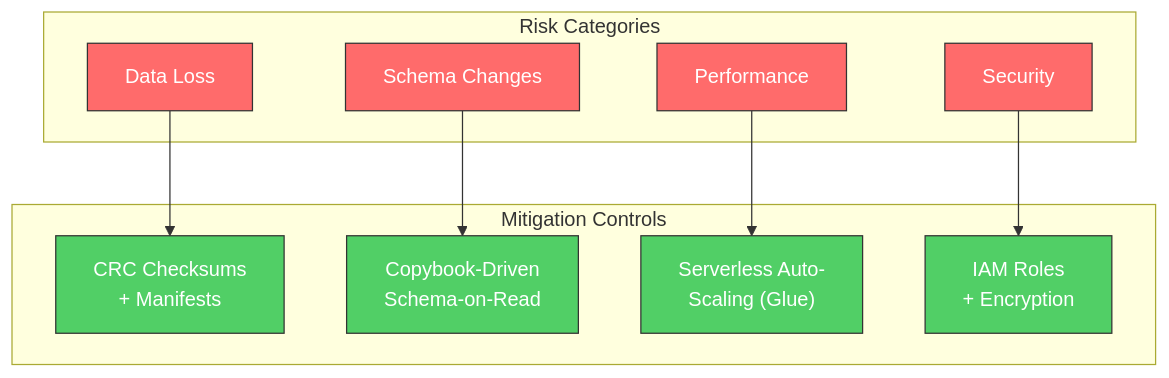
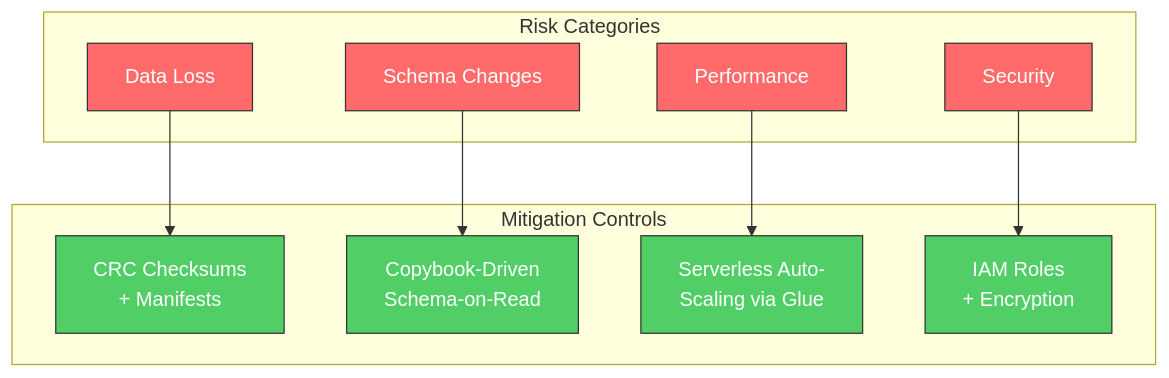
One commit to maddinenisri/mainframe-data-migration changed diagram 11 of 12 in docs/executive-presentation.md. Above: the diagram before and after it, drawn with Mermaid. The commit also changed other lines of this file and 1 other file, not shown here.

````diff
--- a/docs/executive-presentation.md
+++ b/docs/executive-presentation.md
@@ -461,30 +461,30 @@
 ```mermaid
 flowchart TB
     subgraph Risks["Risk Categories"]
         R1["Data Loss"]
         R2["Schema Changes"]
         R3["Performance"]
         R4["Security"]
     end
 
     subgraph Controls["Mitigation Controls"]
         C1["CRC Checksums<br/>+ Manifests"]
         C2["Copybook-Driven<br/>Schema-on-Read"]
-        C3["Serverless Auto-<br/>Scaling (Glue)"]
+        C3["Serverless Auto-<br/>Scaling via Glue"]
         C4["IAM Roles<br/>+ Encryption"]
     end
 
     R1 --> C1
     R2 --> C2
     R3 --> C3
     R4 --> C4
 
     style R1 fill:#ff6b6b,stroke:#333,color:#fff
     style R2 fill:#ff6b6b,stroke:#333,color:#fff
     style R3 fill:#ff6b6b,stroke:#333,color:#fff
     style R4 fill:#ff6b6b,stroke:#333,color:#fff
     style C1 fill:#51cf66,stroke:#333,color:#fff
     style C2 fill:#51cf66,stroke:#333,color:#fff
     style C3 fill:#51cf66,stroke:#333,color:#fff
     style C4 fill:#51cf66,stroke:#333,color:#fff
 ```
````
